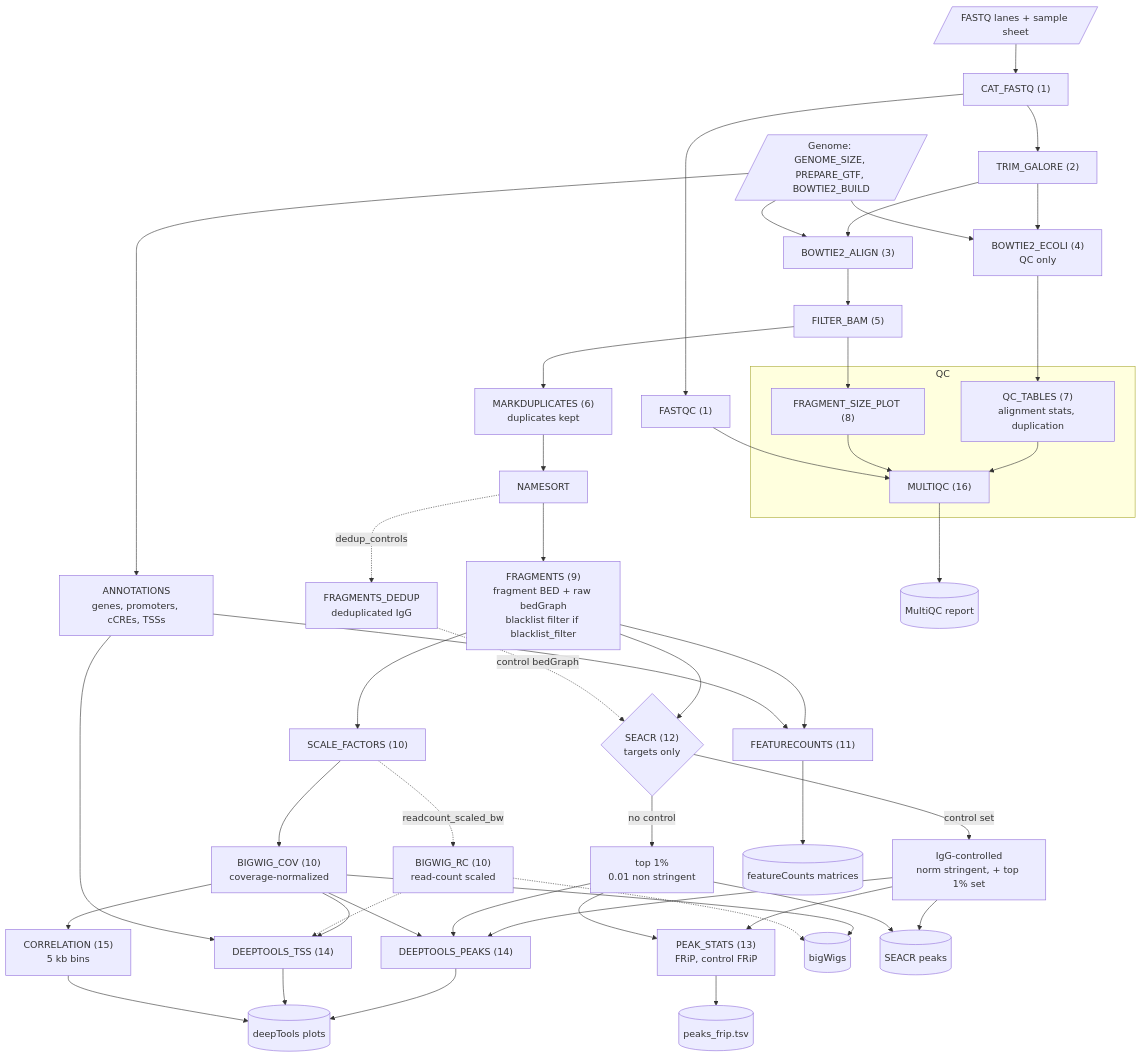
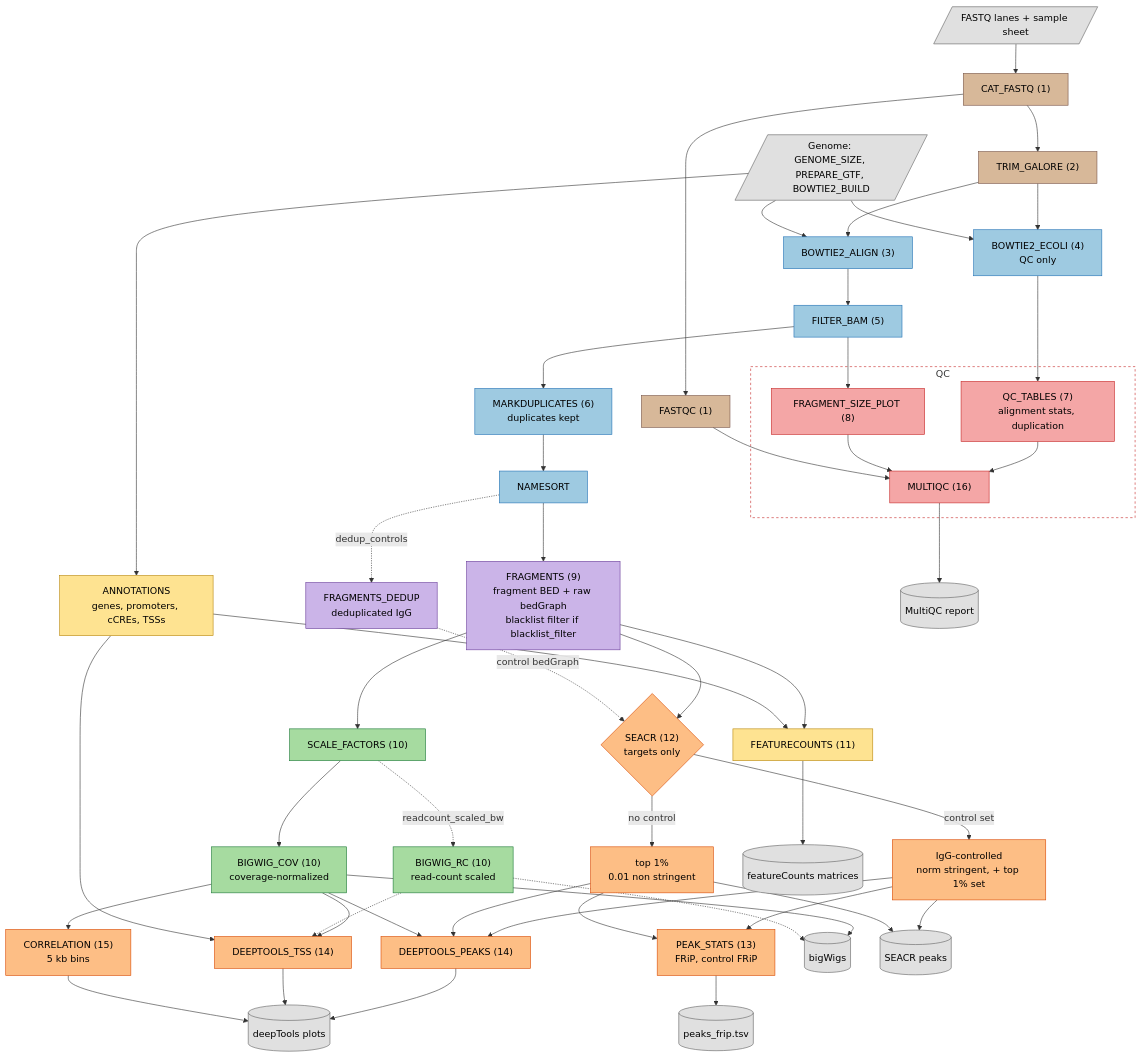
One commit to jacob-greene/CnT-processing changed the diagram in README.md. Above: the diagram before and after it, drawn with Mermaid. The commit also changed other lines of this file and 9 other files, not shown here.

First line of the commit message:
Color-code the workflow diagram and move details to docs/

````diff
--- a/README.md
+++ b/README.md
@@ -35,62 +27,81 @@
 ```mermaid
 flowchart TD
     fq[/"FASTQ lanes + sample sheet"/]
     ref[/"Genome: GENOME_SIZE, PREPARE_GTF, BOWTIE2_BUILD"/]
 
     fq --> CAT_FASTQ["CAT_FASTQ (1)"]
     CAT_FASTQ --> FASTQC["FASTQC (1)"]
     CAT_FASTQ --> TRIM_GALORE["TRIM_GALORE (2)"]
     TRIM_GALORE --> BOWTIE2_ALIGN["BOWTIE2_ALIGN (3)"]
     TRIM_GALORE --> BOWTIE2_ECOLI["BOWTIE2_ECOLI (4)<br/>QC only"]
     ref --> BOWTIE2_ALIGN
     ref --> BOWTIE2_ECOLI
     BOWTIE2_ALIGN --> FILTER_BAM["FILTER_BAM (5)"]
     FILTER_BAM --> MARKDUPLICATES["MARKDUPLICATES (6)<br/>duplicates kept"]
     MARKDUPLICATES --> NAMESORT
     NAMESORT --> FRAGMENTS["FRAGMENTS (9)<br/>fragment BED + raw bedGraph<br/>blacklist filter if blacklist_filter"]
     NAMESORT -. "dedup_controls" .-> FRAGMENTS_DEDUP["FRAGMENTS_DEDUP<br/>deduplicated IgG"]
 
     FRAGMENTS --> SCALE_FACTORS["SCALE_FACTORS (10)"]
     SCALE_FACTORS --> BIGWIG_COV["BIGWIG_COV (10)<br/>coverage-normalized"]
     SCALE_FACTORS -. "readcount_scaled_bw" .-> BIGWIG_RC["BIGWIG_RC (10)<br/>read-count scaled"]
 
     ref --> ANNOTATIONS["ANNOTATIONS<br/>genes, promoters, cCREs, TSSs"]
     FRAGMENTS --> FEATURECOUNTS["FEATURECOUNTS (11)"]
     ANNOTATIONS --> FEATURECOUNTS
 
     FRAGMENTS --> SEACR{"SEACR (12)<br/>targets only"}
     FRAGMENTS_DEDUP -. "control bedGraph" .-> SEACR
     SEACR -- "control set" --> ctl["IgG-controlled<br/>norm stringent, + top 1% set"]
     SEACR -- "no control" --> noctl["top 1%<br/>0.01 non stringent"]
     ctl --> PEAK_STATS["PEAK_STATS (13)<br/>FRiP, control FRiP"]
     noctl --> PEAK_STATS
     ctl --> DEEPTOOLS_PEAKS["DEEPTOOLS_PEAKS (14)"]
     noctl --> DEEPTOOLS_PEAKS
     BIGWIG_COV --> DEEPTOOLS_PEAKS
     BIGWIG_COV --> DEEPTOOLS_TSS["DEEPTOOLS_TSS (14)"]
     BIGWIG_RC -.-> DEEPTOOLS_TSS
     ANNOTATIONS --> DEEPTOOLS_TSS
     BIGWIG_COV --> CORRELATION["CORRELATION (15)<br/>5 kb bins"]
 
     subgraph qc["QC"]
         QC_TABLES["QC_TABLES (7)<br/>alignment stats, duplication"]
         FRAGMENT_SIZE_PLOT["FRAGMENT_SIZE_PLOT (8)"]
         MULTIQC["MULTIQC (16)"]
         QC_TABLES --> MULTIQC
         FRAGMENT_SIZE_PLOT --> MULTIQC
     end
     BOWTIE2_ECOLI --> QC_TABLES
     FILTER_BAM --> FRAGMENT_SIZE_PLOT
     FASTQC --> MULTIQC
 
     BIGWIG_COV --> o1[("bigWigs")]
     BIGWIG_RC -.-> o1
     FEATURECOUNTS --> o2[("featureCounts matrices")]
     ctl --> o3[("SEACR peaks")]
     noctl --> o3
     PEAK_STATS --> o4[("peaks_frip.tsv")]
     DEEPTOOLS_PEAKS --> o5[("deepTools plots")]
     DEEPTOOLS_TSS --> o5
     CORRELATION --> o5
     MULTIQC --> o6[("MultiQC report")]
+
+    classDef io fill:#e0e0e0,stroke:#616161,color:#000
+    classDef prep fill:#d7b899,stroke:#795548,color:#000
+    classDef align fill:#9ecae1,stroke:#2171b5,color:#000
+    classDef frag fill:#cbb4e8,stroke:#6a3d9a,color:#000
+    classDef cov fill:#a6dba0,stroke:#1b7837,color:#000
+    classDef counts fill:#fee391,stroke:#b8860b,color:#000
+    classDef peaks fill:#fdbe85,stroke:#d94801,color:#000
+    classDef qcs fill:#f4a6a6,stroke:#c62828,color:#000
+
+    class fq,ref,o1,o2,o3,o4,o5,o6 io
+    class CAT_FASTQ,FASTQC,TRIM_GALORE prep
+    class BOWTIE2_ALIGN,BOWTIE2_ECOLI,FILTER_BAM,MARKDUPLICATES,NAMESORT align
+    class FRAGMENTS,FRAGMENTS_DEDUP frag
+    class SCALE_FACTORS,BIGWIG_COV,BIGWIG_RC cov
+    class ANNOTATIONS,FEATURECOUNTS counts
+    class SEACR,ctl,noctl,PEAK_STATS,DEEPTOOLS_PEAKS,DEEPTOOLS_TSS,CORRELATION peaks
+    class QC_TABLES,FRAGMENT_SIZE_PLOT,MULTIQC qcs
+    style qc fill:transparent,stroke:#c62828,stroke-dasharray:4 4
 ```
````
